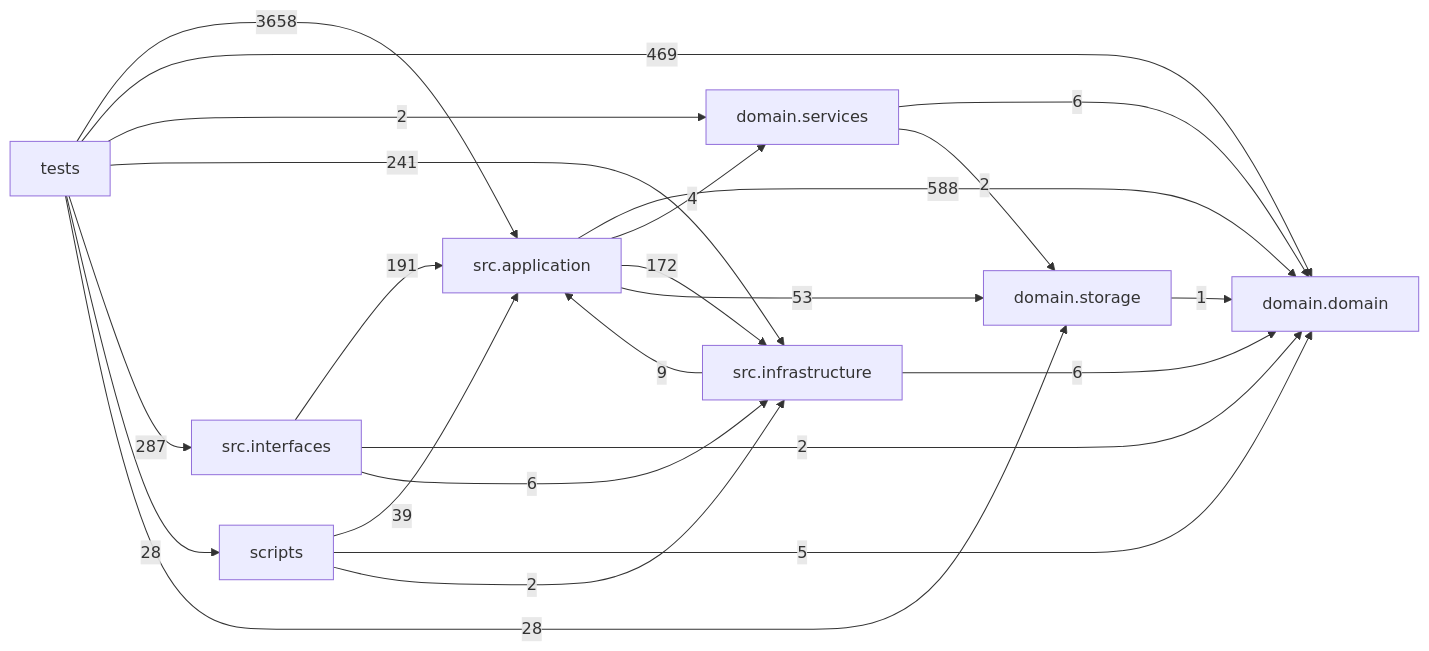
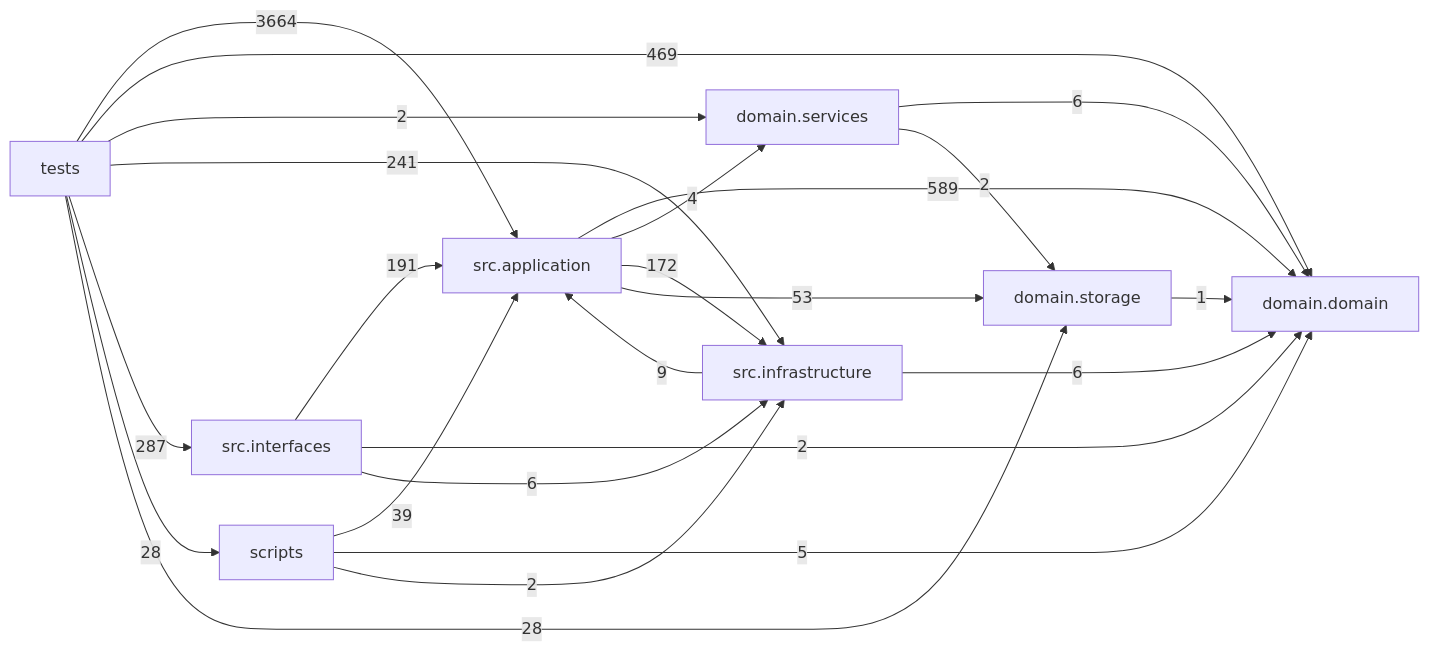
Before and after one commit to liuxie066/options-monitor: the diagram in docs/DEPENDENCY_GRAPH.md, drawn with Mermaid. The commit also changed other lines of this file and 6 other files, not shown here.

````diff
--- a/docs/DEPENDENCY_GRAPH.md
+++ b/docs/DEPENDENCY_GRAPH.md
@@ -24,33 +24,33 @@
 ```mermaid
 flowchart LR
   tests["tests"]
   scripts["scripts"]
   interfaces["src.interfaces"]
   application["src.application"]
   infrastructure["src.infrastructure"]
   domain_services["domain.services"]
   domain["domain.domain"]
   storage["domain.storage"]
-  application -->|588| domain
+  application -->|589| domain
   application -->|4| domain_services
   application -->|172| infrastructure
   application -->|53| storage
   domain_services -->|6| domain
   domain_services -->|2| storage
   infrastructure -->|9| application
   infrastructure -->|6| domain
   interfaces -->|191| application
   interfaces -->|2| domain
   interfaces -->|6| infrastructure
   scripts -->|39| application
   scripts -->|5| domain
   scripts -->|2| infrastructure
   storage -->|1| domain
-  tests -->|3658| application
+  tests -->|3664| application
   tests -->|469| domain
   tests -->|2| domain_services
   tests -->|241| infrastructure
   tests -->|287| interfaces
   tests -->|28| scripts
   tests -->|28| storage
 ```
````
